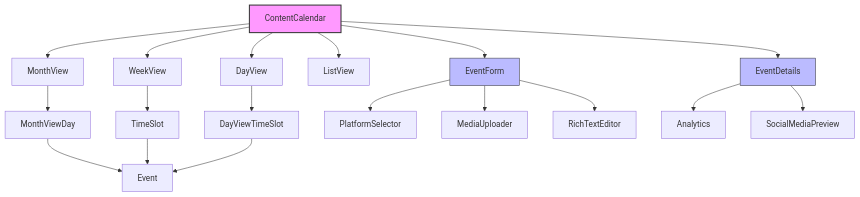
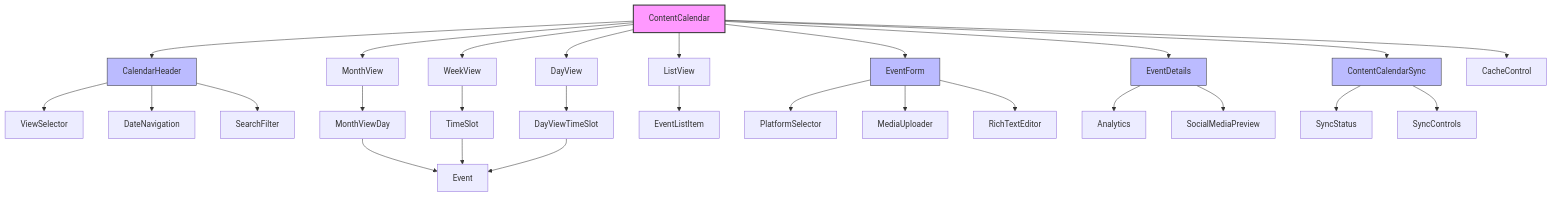
Before and after one commit to gedeza/thrive-send: the first of 3 diagrams in DOCS/components/calendar/ContentCalendar.md, drawn with Mermaid. The commit also changed other lines of this file, not shown here.

Commit message:
modified:   DOCS/components/calendar/ContentCalendar.md

````diff
--- a/DOCS/components/calendar/ContentCalendar.md
+++ b/DOCS/components/calendar/ContentCalendar.md
@@ -26,29 +34,43 @@
 ```mermaid
 graph TD
-    A[ContentCalendar] --> B[MonthView]
-    A --> C[WeekView]
-    A --> D[DayView]
-    A --> E[ListView]
-    A --> F[EventForm]
-    A --> G[EventDetails]
+    A[ContentCalendar] --> B[CalendarHeader]
+    A --> C[MonthView]
+    A --> D[WeekView]
+    A --> E[DayView]
+    A --> F[ListView]
+    A --> G[EventForm]
+    A --> H[EventDetails]
+    A --> I[ContentCalendarSync]
+    A --> J[CacheControl]
     
-    B --> H[MonthViewDay]
-    H --> I[Event]
+    B --> K[ViewSelector]
+    B --> L[DateNavigation]
+    B --> M[SearchFilter]
     
-    C --> J[TimeSlot]
-    J --> I
+    C --> N[MonthViewDay]
+    N --> O[Event]
     
-    D --> K[DayViewTimeSlot]
-    K --> I
+    D --> P[TimeSlot]
+    P --> O
     
-    F --> L[PlatformSelector]
-    F --> M[MediaUploader]
-    F --> N[RichTextEditor]
+    E --> Q[DayViewTimeSlot]
+    Q --> O
     
-    G --> O[Analytics]
-    G --> P[SocialMediaPreview]
+    F --> R[EventListItem]
+    
+    G --> S[PlatformSelector]
+    G --> T[MediaUploader]
+    G --> U[RichTextEditor]
+    
+    H --> V[Analytics]
+    H --> W[SocialMediaPreview]
+    
+    I --> X[SyncStatus]
+    I --> Y[SyncControls]
     
     style A fill:#f9f,stroke:#333,stroke-width:2px
-    style F fill:#bbf,stroke:#333,stroke-width:1px
+    style B fill:#bbf,stroke:#333,stroke-width:1px
     style G fill:#bbf,stroke:#333,stroke-width:1px
+    style H fill:#bbf,stroke:#333,stroke-width:1px
+    style I fill:#bbf,stroke:#333,stroke-width:1px
 ```
````
